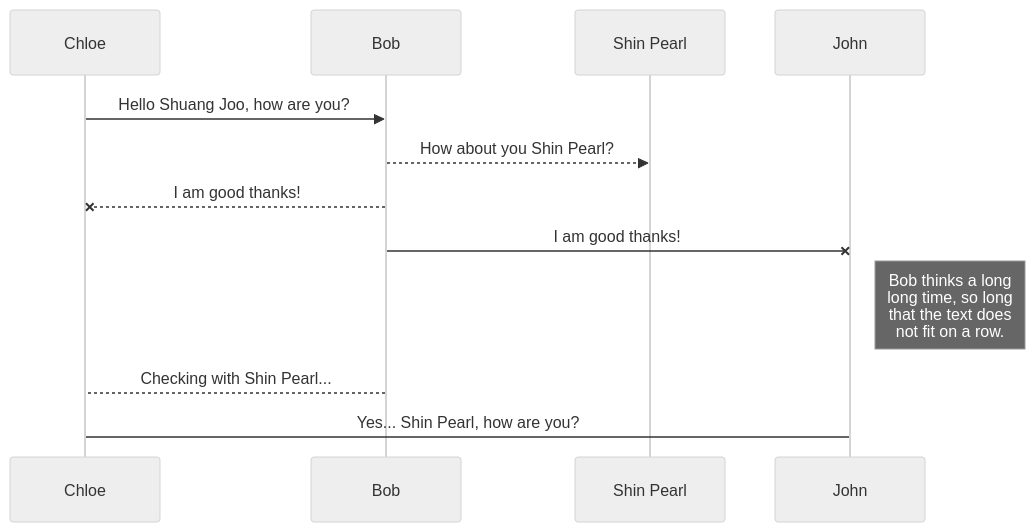
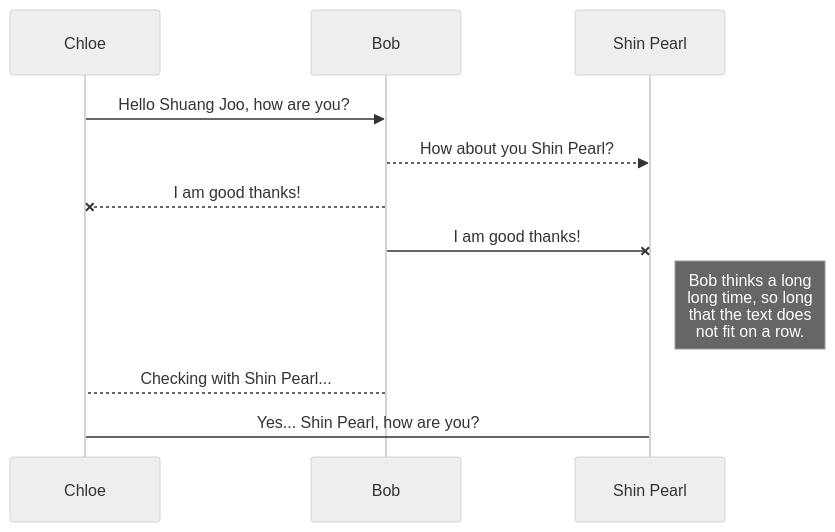
The first of 2 diagrams in exercise/HPDP/khahkhehhh/readme.md (drshahizan/learn-github), drawn with Mermaid (neutral theme) before and after one commit.

````diff
--- a/exercise/HPDP/khahkhehhh/readme.md
+++ b/exercise/HPDP/khahkhehhh/readme.md
@@ -43,11 +43,11 @@
 ```mermaid
 sequenceDiagram
 Chloe ->> Bob: Hello Shuang Joo, how are you?
 Bob-->>Shin Pearl: How about you Shin Pearl?
 Bob--x Chloe: I am good thanks!
-Bob-x John: I am good thanks!
-Note right of John: Bob thinks a long<br/>long time, so long<br/>that the text does<br/>not fit on a row.
+Bob-x Shin Pearl: I am good thanks!
+Note right of Shin Pearl: Bob thinks a long<br/>long time, so long<br/>that the text does<br/>not fit on a row.
 
 Bob-->Chloe: Checking with Shin Pearl...
-Chloe->John: Yes... Shin Pearl, how are you?
+Chloe->Shin Pearl: Yes... Shin Pearl, how are you?
 ```
````
